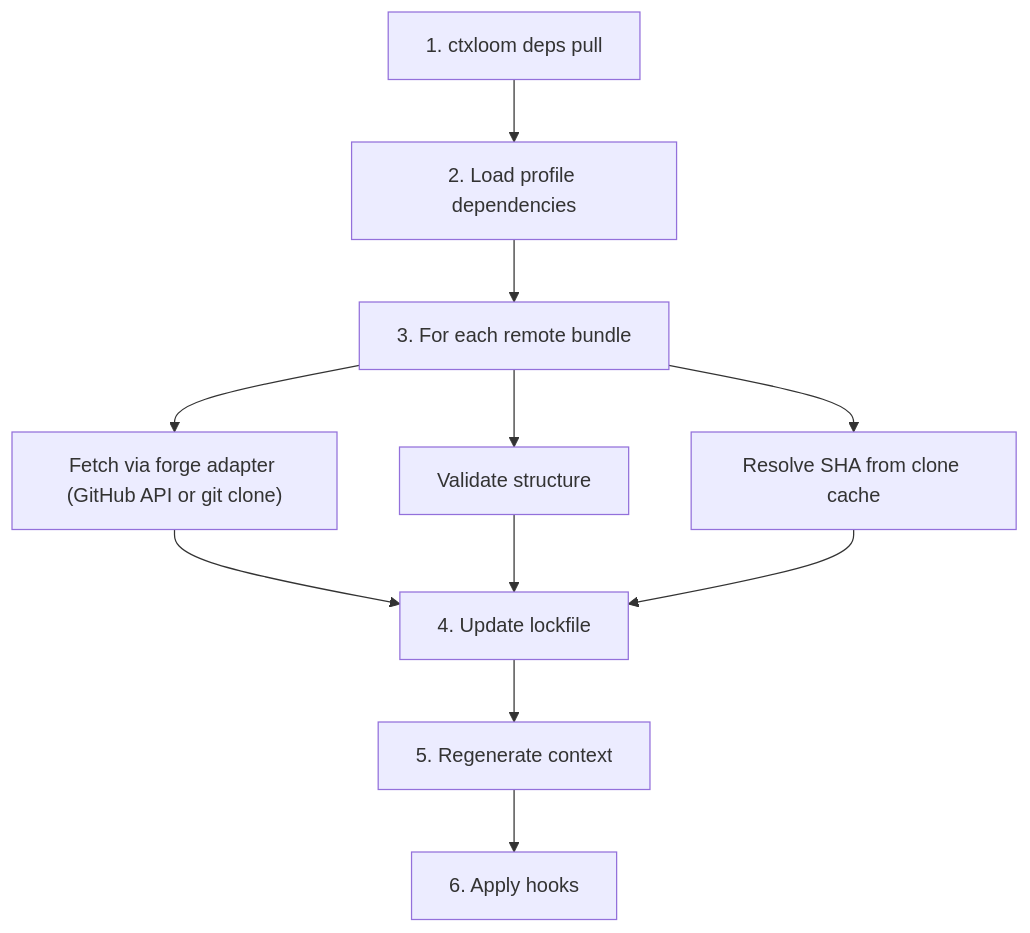
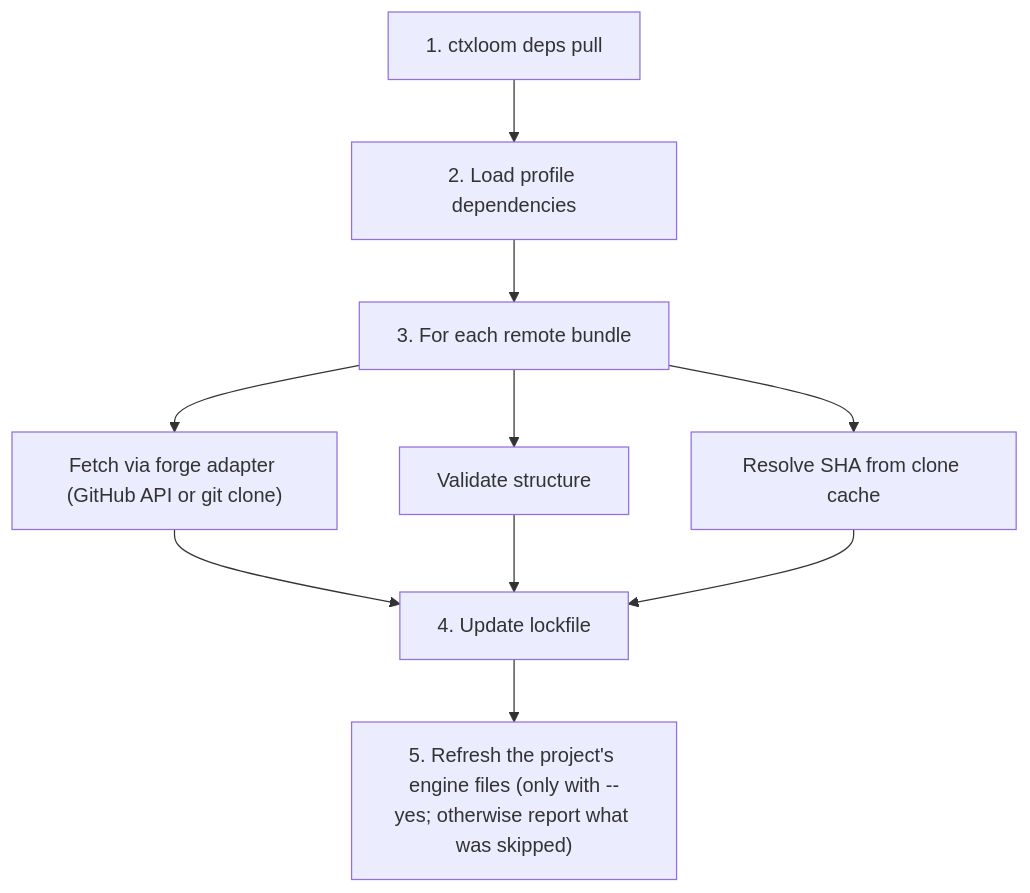
One commit to ctxloom/ctxloom changed the fourth of 5 diagrams in website/src/content/docs/concepts/architecture.md. Above: the diagram before and after it, drawn with Mermaid. The commit also changed 17 other files, not shown here.

First line of the commit message:
matdelete: a sync writes the project's engine files only under --yes

````diff
--- a/website/src/content/docs/concepts/architecture.md
+++ b/website/src/content/docs/concepts/architecture.md
@@ -226,13 +226,12 @@
 ```mermaid
 flowchart TD
     A["1. ctxloom deps pull"] --> B["2. Load profile dependencies"]
     B --> C["3. For each remote bundle"]
     C --> D["Fetch via forge adapter (GitHub API or git clone)"]
     C --> E["Validate structure"]
     C --> F["Resolve SHA from clone cache"]
     D --> G["4. Update lockfile"]
     E --> G
     F --> G
-    G --> H["5. Regenerate context"]
-    H --> I["6. Apply hooks"]
+    G --> H["5. Refresh the project's engine files (only with --yes; otherwise report what was skipped)"]
 ```
````
